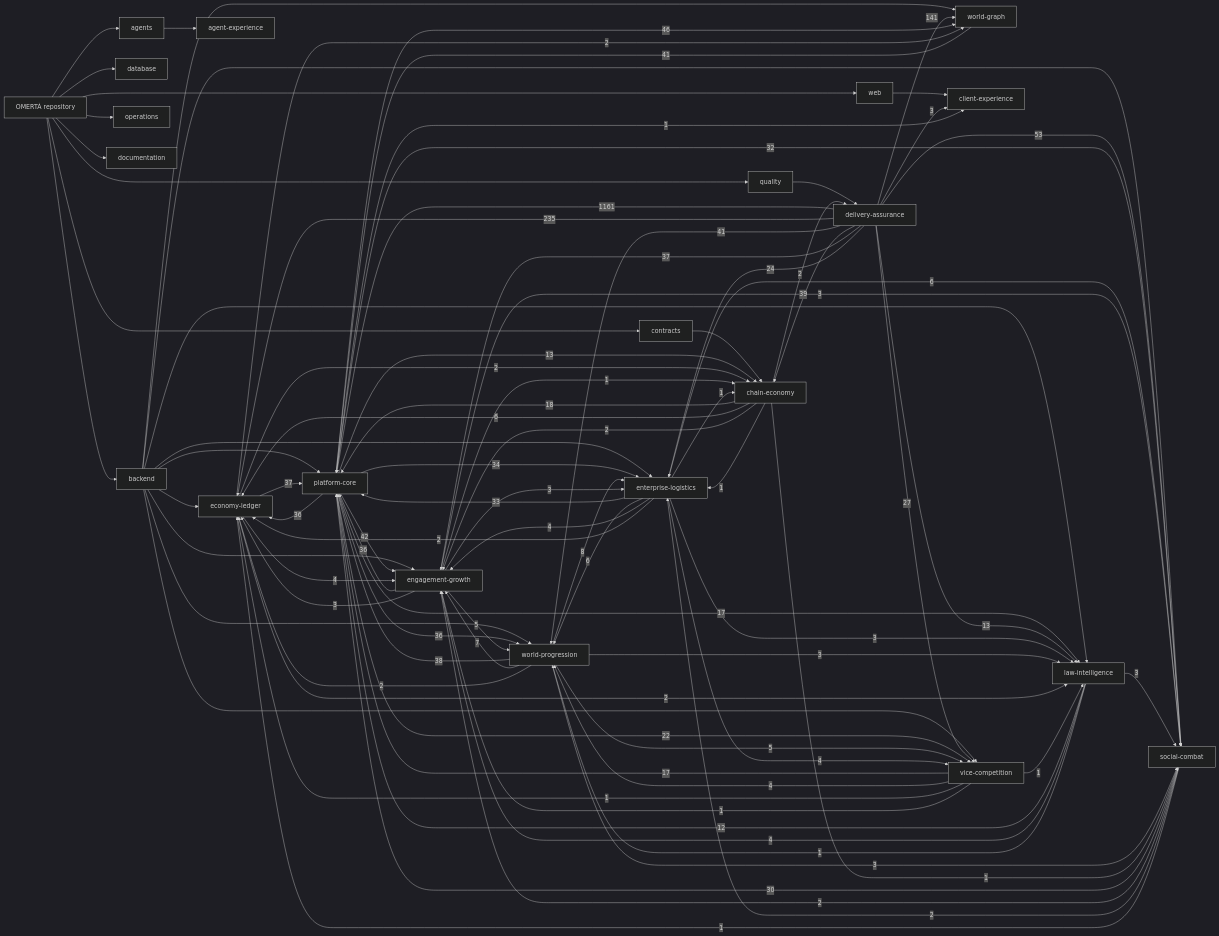
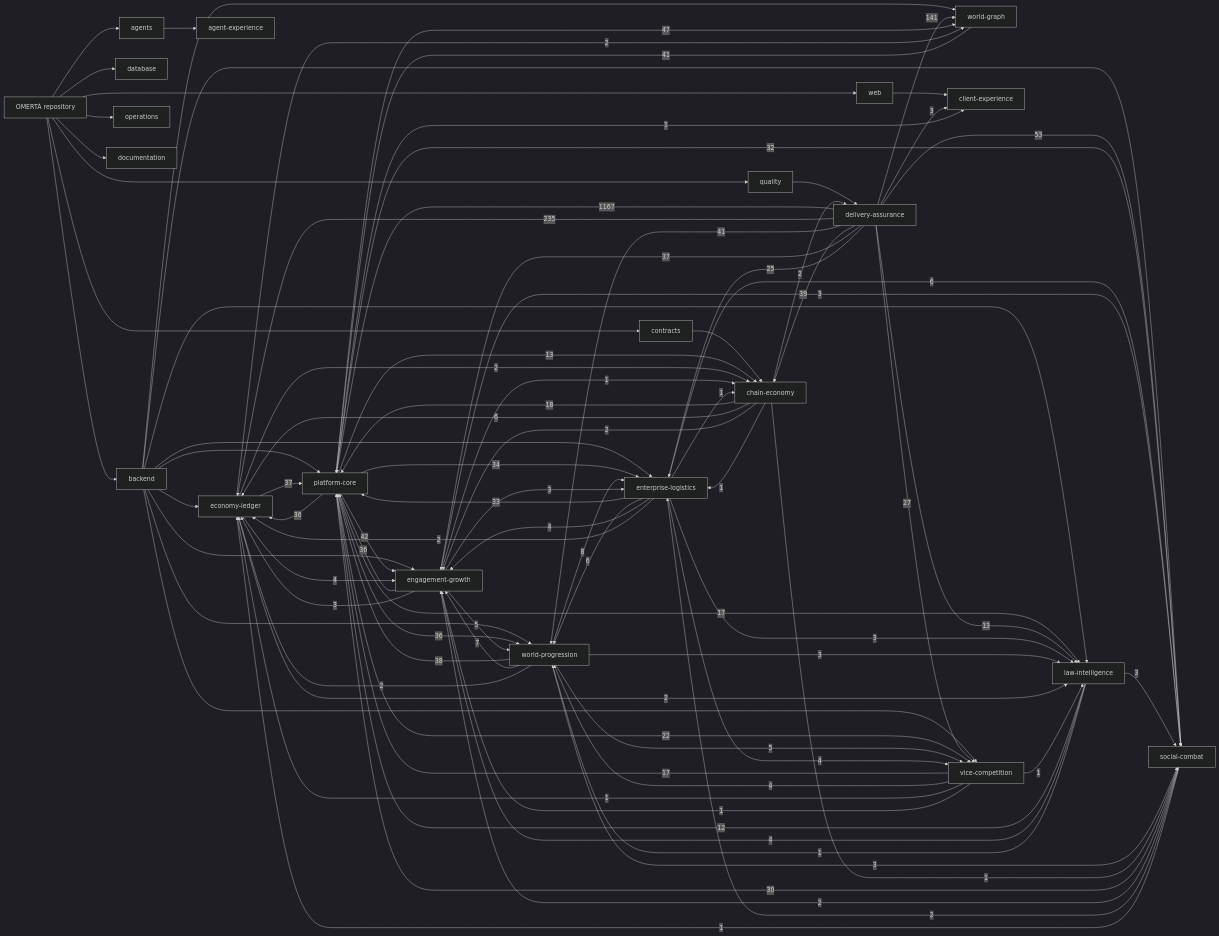
The diagram in knowledge/generated/graph.mmd (OmertaDev/Omerta), drawn with Mermaid (dark theme) before and after one commit. The commit also changed 8 other files, not shown here.

```diff
--- a/knowledge/generated/graph.mmd
+++ b/knowledge/generated/graph.mmd
@@ -1,111 +1,111 @@
 flowchart LR
   repo["OMERTÀ repository"]
   sub_backend["backend"]
   repo --> sub_backend
   sub_database["database"]
   repo --> sub_database
   sub_web["web"]
   repo --> sub_web
   sub_contracts["contracts"]
   repo --> sub_contracts
   sub_agents["agents"]
   repo --> sub_agents
   sub_quality["quality"]
   repo --> sub_quality
   sub_operations["operations"]
   repo --> sub_operations
   sub_documentation["documentation"]
   repo --> sub_documentation
   dom_platform-core["platform-core"]
   dom_economy-ledger["economy-ledger"]
   dom_social-combat["social-combat"]
   dom_world-progression["world-progression"]
   dom_world-graph["world-graph"]
   dom_enterprise-logistics["enterprise-logistics"]
   dom_vice-competition["vice-competition"]
   dom_law-intelligence["law-intelligence"]
   dom_chain-economy["chain-economy"]
   dom_engagement-growth["engagement-growth"]
   dom_client-experience["client-experience"]
   dom_agent-experience["agent-experience"]
   dom_delivery-assurance["delivery-assurance"]
   sub_agents --> dom_agent-experience
   sub_backend --> dom_economy-ledger
   sub_backend --> dom_engagement-growth
   sub_backend --> dom_enterprise-logistics
   sub_backend --> dom_law-intelligence
   sub_backend --> dom_platform-core
   sub_backend --> dom_social-combat
   sub_backend --> dom_vice-competition
   sub_backend --> dom_world-graph
   sub_backend --> dom_world-progression
   sub_contracts --> dom_chain-economy
   sub_quality --> dom_delivery-assurance
   sub_web --> dom_client-experience
-  dom_delivery-assurance -->|1161| dom_platform-core
+  dom_delivery-assurance -->|1167| dom_platform-core
   dom_delivery-assurance -->|235| dom_economy-ledger
   dom_delivery-assurance -->|141| dom_world-graph
   dom_delivery-assurance -->|53| dom_social-combat
-  dom_platform-core -->|46| dom_world-graph
+  dom_platform-core -->|47| dom_world-graph
   dom_platform-core -->|42| dom_engagement-growth
   dom_delivery-assurance -->|41| dom_world-progression
   dom_world-graph -->|41| dom_platform-core
   dom_delivery-assurance -->|39| dom_chain-economy
   dom_world-progression -->|38| dom_platform-core
   dom_delivery-assurance -->|37| dom_engagement-growth
   dom_economy-ledger -->|37| dom_platform-core
   dom_engagement-growth -->|36| dom_platform-core
   dom_platform-core -->|36| dom_economy-ledger
   dom_platform-core -->|36| dom_world-progression
   dom_platform-core -->|34| dom_enterprise-logistics
   dom_enterprise-logistics -->|33| dom_platform-core
   dom_platform-core -->|32| dom_social-combat
   dom_social-combat -->|30| dom_platform-core
   dom_delivery-assurance -->|27| dom_vice-competition
-  dom_delivery-assurance -->|24| dom_enterprise-logistics
+  dom_delivery-assurance -->|25| dom_enterprise-logistics
   dom_platform-core -->|22| dom_vice-competition
   dom_chain-economy -->|18| dom_platform-core
   dom_platform-core -->|17| dom_law-intelligence
   dom_vice-competition -->|17| dom_platform-core
   dom_delivery-assurance -->|13| dom_law-intelligence
   dom_platform-core -->|13| dom_chain-economy
   dom_law-intelligence -->|12| dom_platform-core
   dom_world-progression -->|8| dom_enterprise-logistics
   dom_world-progression -->|7| dom_engagement-growth
   dom_chain-economy -->|6| dom_economy-ledger
   dom_enterprise-logistics -->|6| dom_social-combat
   dom_enterprise-logistics -->|6| dom_world-progression
   dom_engagement-growth -->|5| dom_world-progression
   dom_world-progression -->|5| dom_vice-competition
   dom_economy-ledger -->|4| dom_engagement-growth
   dom_enterprise-logistics -->|4| dom_engagement-growth
   dom_enterprise-logistics -->|4| dom_vice-competition
   dom_law-intelligence -->|4| dom_engagement-growth
   dom_vice-competition -->|4| dom_world-progression
   dom_delivery-assurance -->|3| dom_client-experience
   dom_engagement-growth -->|3| dom_economy-ledger
   dom_engagement-growth -->|3| dom_enterprise-logistics
   dom_engagement-growth -->|3| dom_social-combat
   dom_enterprise-logistics -->|3| dom_law-intelligence
   dom_law-intelligence -->|3| dom_social-combat
   dom_world-progression -->|3| dom_law-intelligence
   dom_world-progression -->|3| dom_social-combat
   dom_chain-economy -->|2| dom_delivery-assurance
   dom_chain-economy -->|2| dom_engagement-growth
   dom_economy-ledger -->|2| dom_chain-economy
   dom_economy-ledger -->|2| dom_law-intelligence
   dom_economy-ledger -->|2| dom_world-graph
   dom_enterprise-logistics -->|2| dom_economy-ledger
   dom_social-combat -->|2| dom_engagement-growth
   dom_social-combat -->|2| dom_enterprise-logistics
   dom_world-progression -->|2| dom_economy-ledger
   dom_chain-economy -->|1| dom_enterprise-logistics
   dom_chain-economy -->|1| dom_social-combat
   dom_engagement-growth -->|1| dom_chain-economy
   dom_enterprise-logistics -->|1| dom_chain-economy
   dom_law-intelligence -->|1| dom_world-progression
   dom_platform-core -->|1| dom_client-experience
   dom_social-combat -->|1| dom_economy-ledger
   dom_vice-competition -->|1| dom_economy-ledger
   dom_vice-competition -->|1| dom_engagement-growth
   dom_vice-competition -->|1| dom_law-intelligence
```
